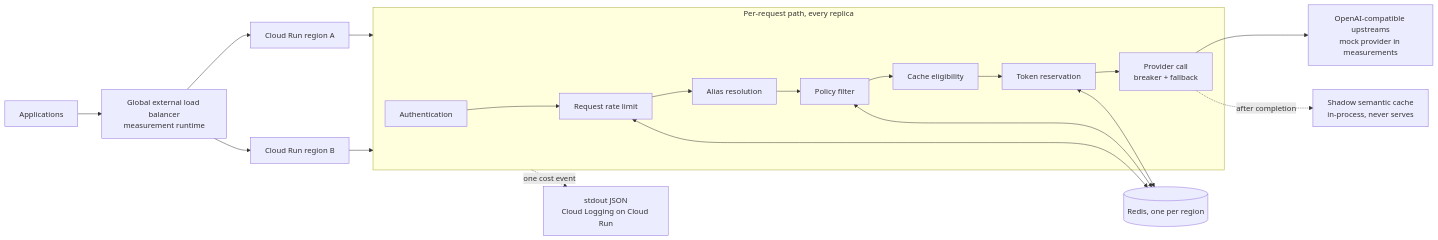
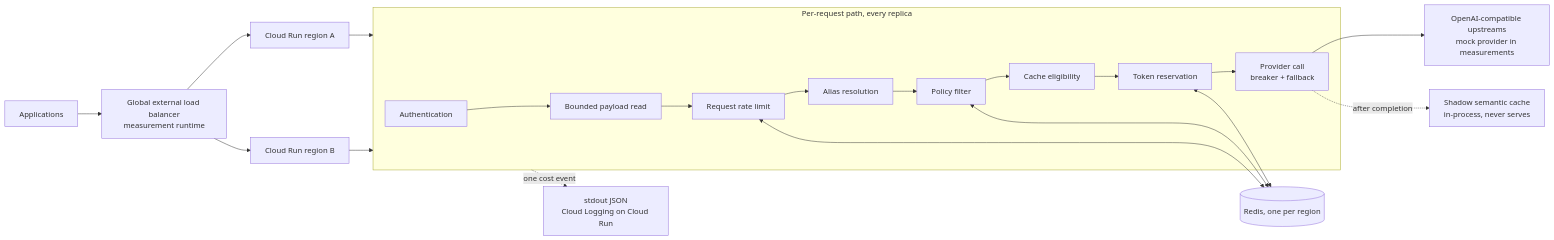
The diagram in docs/design.md (aalvaropc/pusaq), drawn with Mermaid before and after one commit. The commit also changed other lines of this file and 15 other files, not shown here.

````diff
--- a/docs/design.md
+++ b/docs/design.md
@@ -128,17 +125,17 @@
 ```mermaid
 flowchart LR
     A[Applications] --> LB[Global external load balancer<br/>measurement runtime]
     LB --> RA[Cloud Run region A]
     LB --> RB[Cloud Run region B]
     RA --> PIPE
     RB --> PIPE
     subgraph PIPE[Per-request path, every replica]
-        AUTH[Authentication] --> RPM[Request rate limit] --> ALIAS[Alias resolution] --> POLICY[Policy filter] --> ELIG[Cache eligibility] --> TPM[Token reservation] --> CALL[Provider call<br/>breaker + fallback]
+        AUTH[Authentication] --> BODY[Bounded payload read] --> RPM[Request rate limit] --> ALIAS[Alias resolution] --> POLICY[Policy filter] --> ELIG[Cache eligibility] --> TPM[Token reservation] --> CALL[Provider call<br/>breaker + fallback]
     end
     RPM <--> REDIS[(Redis, one per region)]
     POLICY <--> REDIS
     TPM <--> REDIS
     CALL --> UP[OpenAI-compatible upstreams<br/>mock provider in measurements]
     CALL -. after completion .-> SHADOW[Shadow semantic cache<br/>in-process, never serves]
     PIPE -. one cost event .-> LOGS[stdout JSON<br/>Cloud Logging on Cloud Run]
 ```
````
